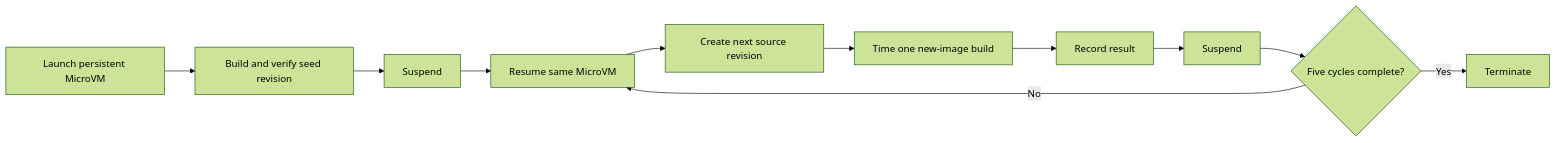
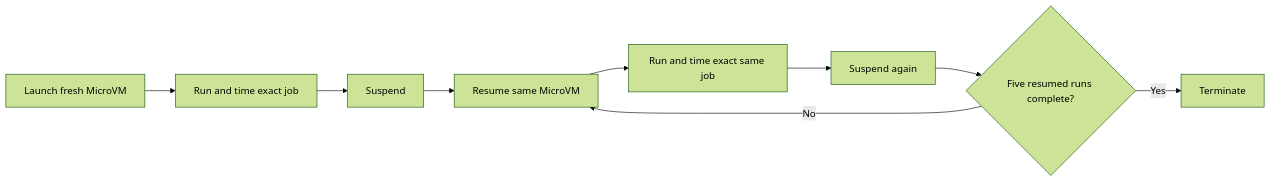
The diagram in benchmarks/warm-build-server/METHODOLOGY.md (neebs12/lambda-microvm-github-runner), drawn with Mermaid (forest theme) before and after one commit. The commit also changed other lines of this file and 1 other file, not shown here.

Commit message:
Simplify exact-job benchmark methodology

````diff
--- a/benchmarks/warm-build-server/METHODOLOGY.md
+++ b/benchmarks/warm-build-server/METHODOLOGY.md
@@ -60,13 +53,11 @@
 ```mermaid
 flowchart LR
-    A["Launch persistent MicroVM"] --> B["Build and verify seed revision"]
+    A["Launch fresh MicroVM"] --> B["Run and time exact job"]
     B --> C["Suspend"]
     C --> D["Resume same MicroVM"]
-    D --> E["Create next source revision"]
-    E --> F["Time one new-image build"]
-    F --> G["Record result"]
-    G --> H["Suspend"]
-    H --> I{"Five cycles complete?"}
-    I -- No --> D
-    I -- Yes --> J["Terminate"]
+    D --> E["Run and time exact same job"]
+    E --> F["Suspend again"]
+    F --> G{"Five resumed runs complete?"}
+    G -- No --> D
+    G -- Yes --> H["Terminate"]
 ```
````
